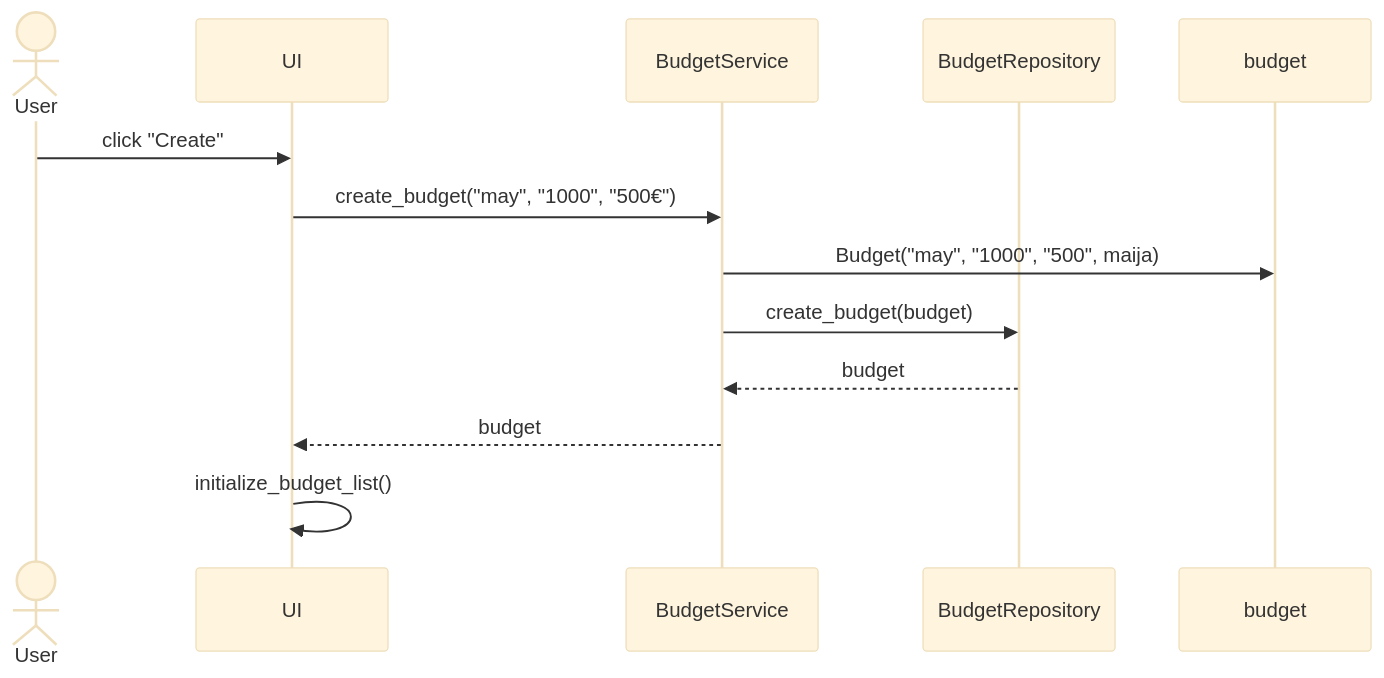
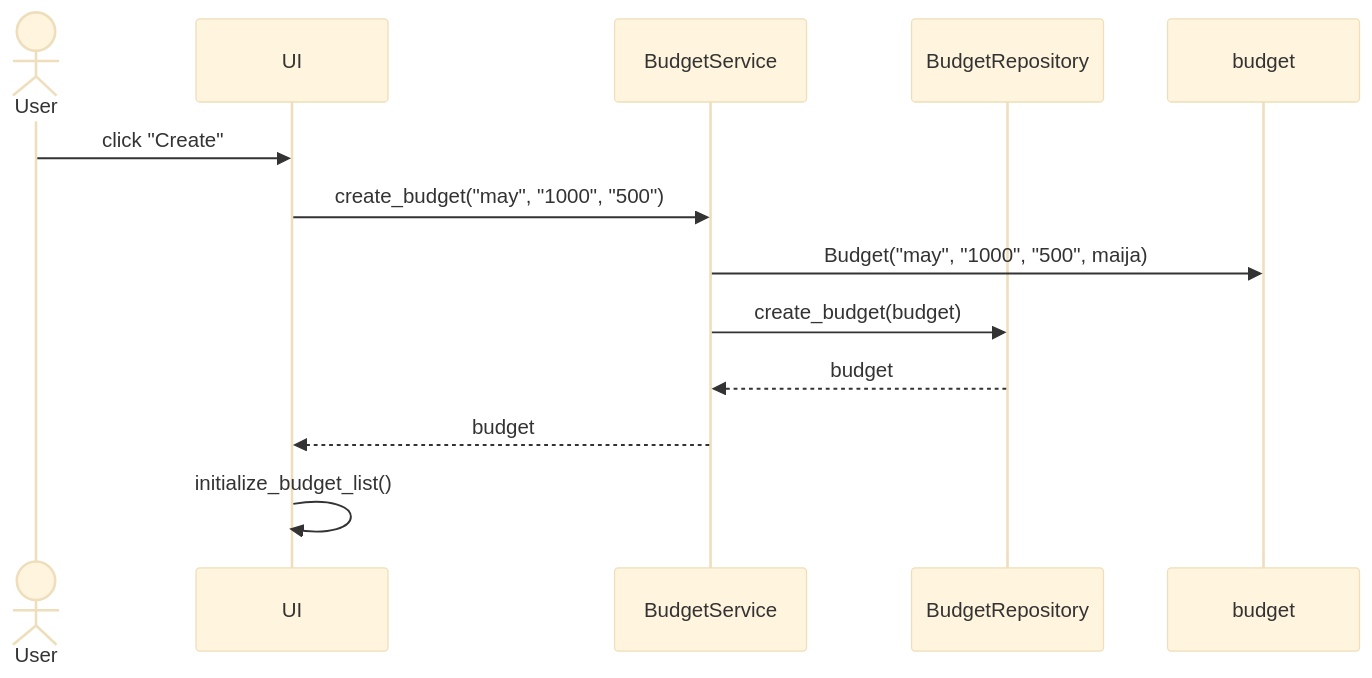
Before and after one commit to adarautiainen/ot-harjoitustyo: the fourth of 4 diagrams in budget-app/dokumentaatio/arkkitehtuuri.md, drawn with Mermaid (base theme). The commit also changed other lines of this file, not shown here.

````diff
--- a/budget-app/dokumentaatio/arkkitehtuuri.md
+++ b/budget-app/dokumentaatio/arkkitehtuuri.md
@@ -76,15 +89,15 @@
 ```mermaid
 sequenceDiagram
   actor User
   participant UI
   participant BudgetService
   participant BudgetRepository
   participant budget
   User->>UI: click "Create"
-  UI->>BudgetService: create_budget("may", "1000", "500€")
+  UI->>BudgetService: create_budget("may", "1000", "500")
   BudgetService->>budget: Budget("may", "1000", "500", maija)
   BudgetService->>BudgetRepository: create_budget(budget)
   BudgetRepository-->>BudgetService: budget
   BudgetService-->>UI: budget
   UI->>UI: initialize_budget_list()
 ```
````
